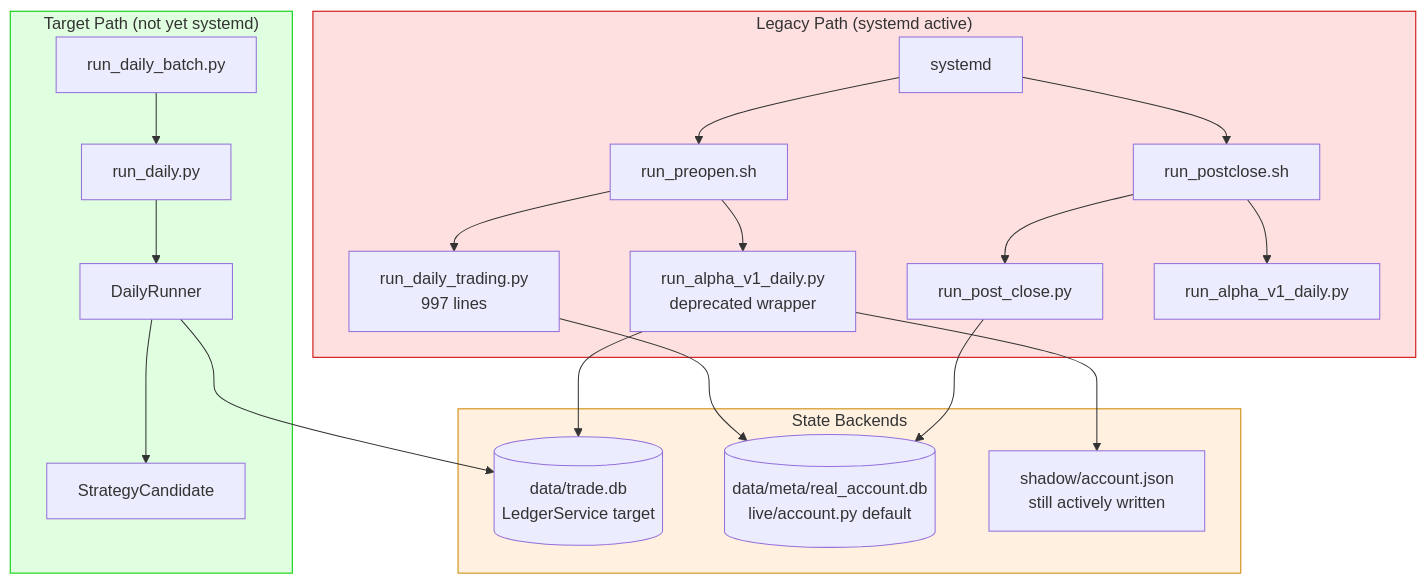
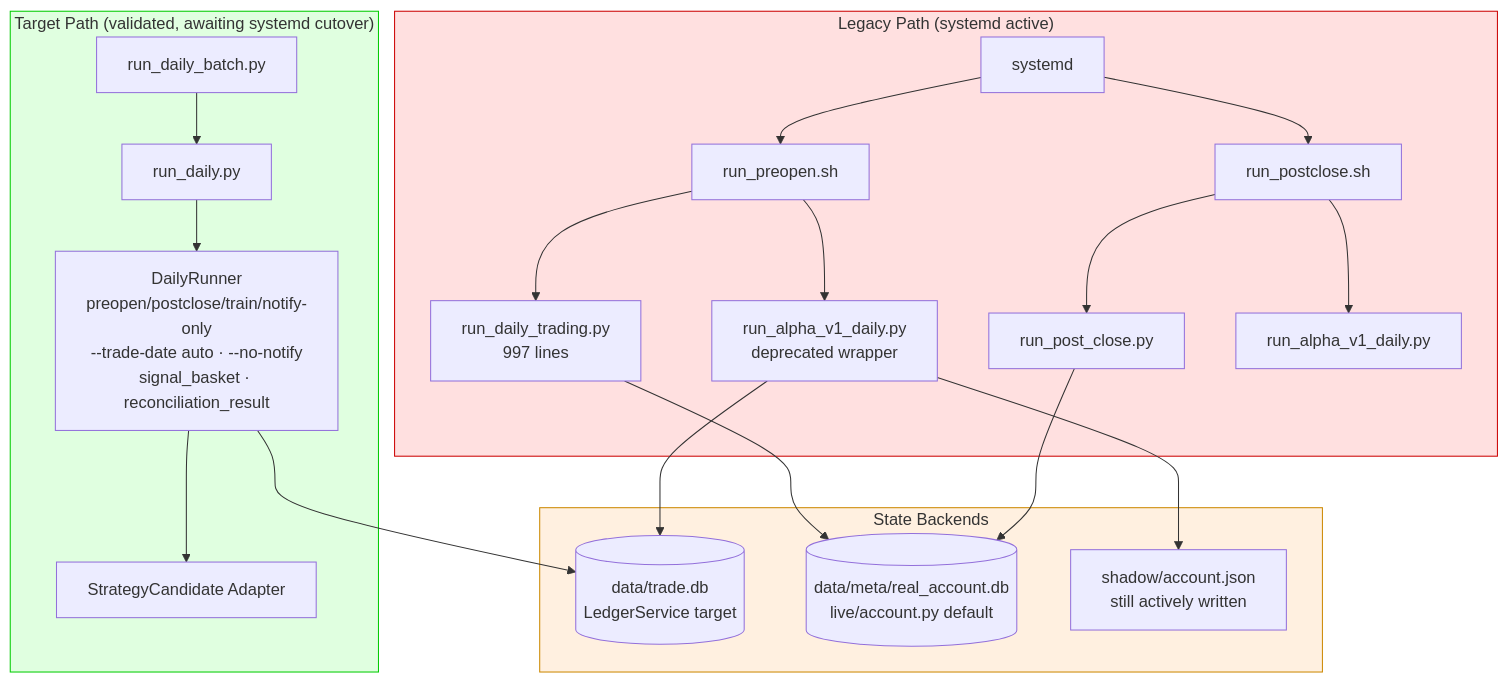
The second of 3 diagrams in docs/ARCHITECTURE.md (sinnergarden/SysQ), drawn with Mermaid before and after one commit. The commit also changed other lines of this file and 5 other files, not shown here.

````diff
--- a/docs/ARCHITECTURE.md
+++ b/docs/ARCHITECTURE.md
@@ -87,33 +87,33 @@
 ```mermaid
 flowchart TB
     subgraph LEGACY["Legacy Path (systemd active)"]
         SYS[systemd] --> SH[run_preopen.sh]
         SYS --> PSH[run_postclose.sh]
         SH --> RDT[run_daily_trading.py<br/>997 lines]
         SH --> RAV[run_alpha_v1_daily.py<br/>deprecated wrapper]
         PSH --> RPC[run_post_close.py]
         PSH --> RAV2[run_alpha_v1_daily.py]
     end
 
-    subgraph TARGET["Target Path (not yet systemd)"]
+    subgraph TARGET["Target Path (validated, awaiting systemd cutover)"]
         TB[run_daily_batch.py] --> RD[run_daily.py]
-        RD --> NR[DailyRunner]
-        NR --> SC[StrategyCandidate]
+        RD --> NR[DailyRunner<br/>preopen/postclose/train/notify-only<br/>--trade-date auto · --no-notify<br/>signal_basket · reconciliation_result]
+        NR --> CA[StrategyCandidate Adapter]
     end
 
     subgraph STATE["State Backends"]
         DB1[(data/trade.db<br/>LedgerService target)]
         DB2[(data/meta/real_account.db<br/>live/account.py default)]
         SHADOW[shadow/account.json<br/>still actively written]
     end
 
     RDT --> DB2
     RPC --> DB2
     RAV --> DB1
     RAV --> SHADOW
     NR --> DB1
 
     style LEGACY fill:#ffe0e0,stroke:#c00
     style TARGET fill:#e0ffe0,stroke:#0c0
     style STATE fill:#fff0e0,stroke:#c80
 ```
````
